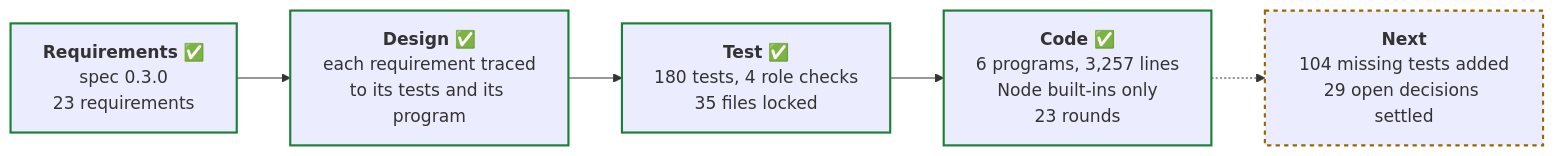
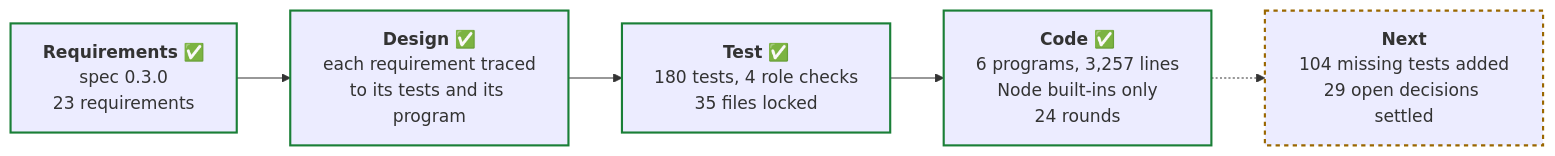
Before and after one commit to PaulDuvall/adlc-security-reviewer: the third of 4 diagrams in README.md, drawn with Mermaid. The commit also changed other lines of this file and 6 other files, not shown here.

````diff
--- a/README.md
+++ b/README.md
@@ -277,13 +277,13 @@
 ```mermaid
 flowchart LR
   req["<b>Requirements</b> ✅<br/>spec 0.3.0<br/>23 requirements"]
   des["<b>Design</b> ✅<br/>each requirement traced<br/>to its tests and its program"]
   tst["<b>Test</b> ✅<br/>180 tests, 4 role checks<br/>35 files locked"]
-  cod["<b>Code</b> ✅<br/>6 programs, 3,257 lines<br/>Node built-ins only<br/>23 rounds"]
+  cod["<b>Code</b> ✅<br/>6 programs, 3,257 lines<br/>Node built-ins only<br/>24 rounds"]
   nxt["<b>Next</b><br/>104 missing tests added<br/>29 open decisions settled"]
   req --> des --> tst --> cod -.-> nxt
   classDef done stroke:#1a7f37,stroke-width:2px
   classDef next stroke:#9a6700,stroke-width:2px,stroke-dasharray:4
   class req,des,tst,cod done
   class nxt next
 ```
````
